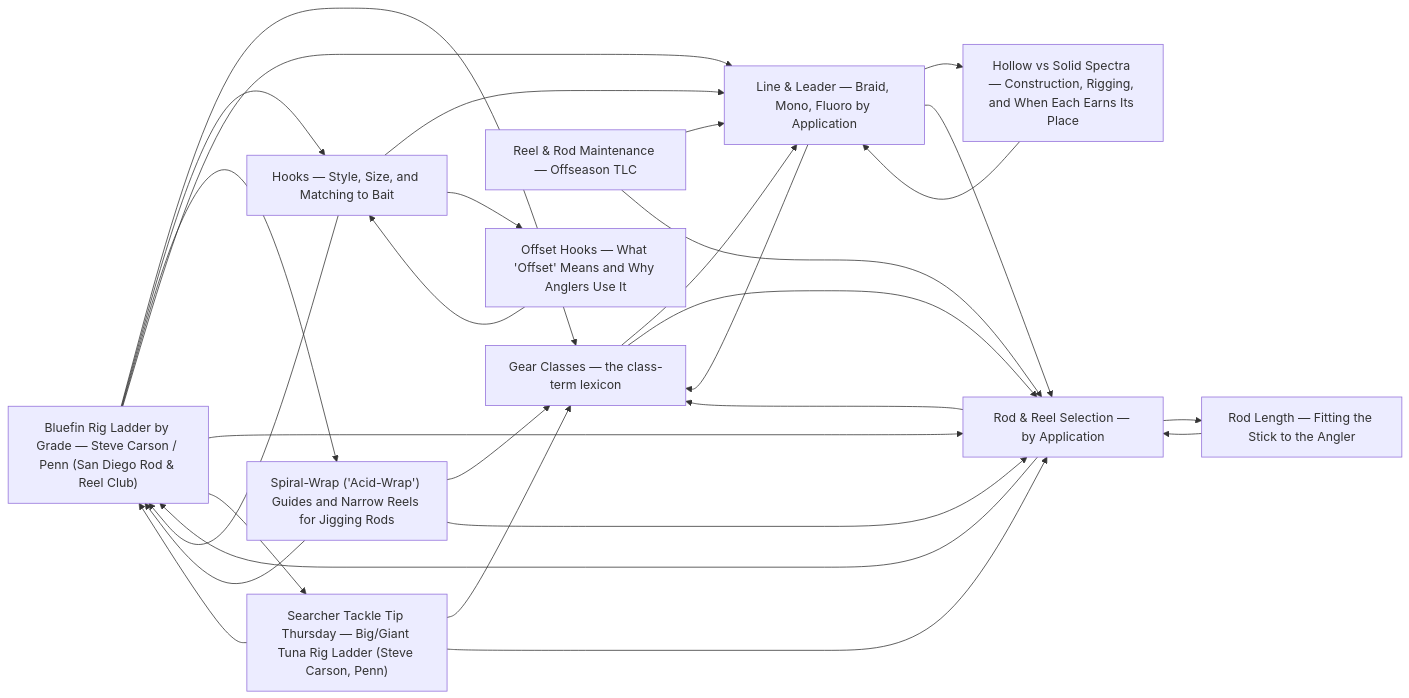
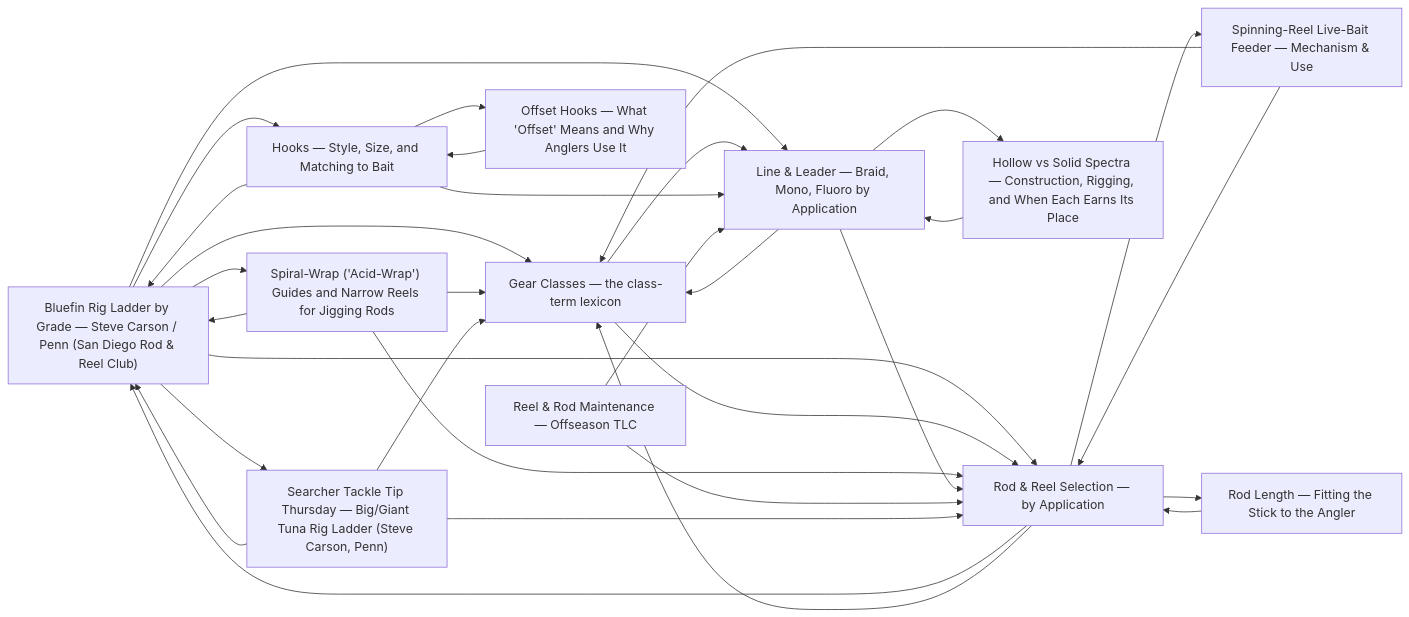
Before and after one commit to camchuckpete-max/Socal-Fishing-Knowledge: the diagram in tackle/README.md, drawn with Mermaid. The commit also changed other lines of this file and 4 other files, not shown here.

````diff
--- a/tackle/README.md
+++ b/tackle/README.md
@@ -24,42 +25,46 @@
 ```mermaid
 graph LR
   n0["Bluefin Rig Ladder by Grade — Steve Carson / Penn (San Diego Rod & Reel Club)"]
   n1["Gear Classes — the class-term lexicon"]
   n2["Hooks — Style, Size, and Matching to Bait"]
   n3["Spiral-Wrap ('Acid-Wrap') Guides and Narrow Reels for Jigging Rods"]
   n4["Line & Leader — Braid, Mono, Fluoro by Application"]
   n5["Offset Hooks — What 'Offset' Means and Why Anglers Use It"]
   n6["Reel & Rod Maintenance — Offseason TLC"]
   n7["Rod & Reel Selection — by Application"]
   n8["Rod Length — Fitting the Stick to the Angler"]
   n9["Searcher Tackle Tip Thursday — Big/Giant Tuna Rig Ladder (Steve Carson, Penn)"]
   n10["Hollow vs Solid Spectra — Construction, Rigging, and When Each Earns Its Place"]
+  n11["Spinning-Reel Live-Bait Feeder — Mechanism & Use"]
   n0 --> n1
   n0 --> n2
   n0 --> n3
   n0 --> n4
   n0 --> n7
   n0 --> n9
   n1 --> n4
   n1 --> n7
   n10 --> n4
+  n11 --> n1
+  n11 --> n7
   n2 --> n0
   n2 --> n4
   n2 --> n5
   n3 --> n0
   n3 --> n1
   n3 --> n7
   n4 --> n1
   n4 --> n10
   n4 --> n7
   n5 --> n2
   n6 --> n4
   n6 --> n7
   n7 --> n0
   n7 --> n1
+  n7 --> n11
   n7 --> n8
   n8 --> n7
   n9 --> n0
   n9 --> n1
   n9 --> n7
 ```
````
